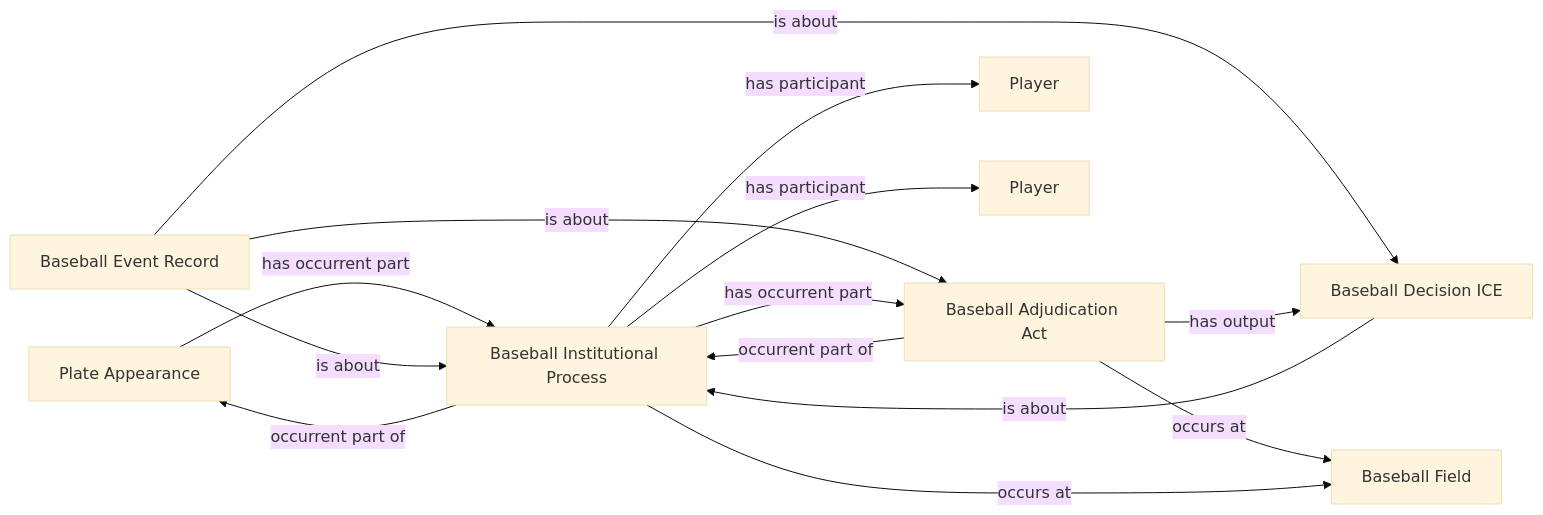
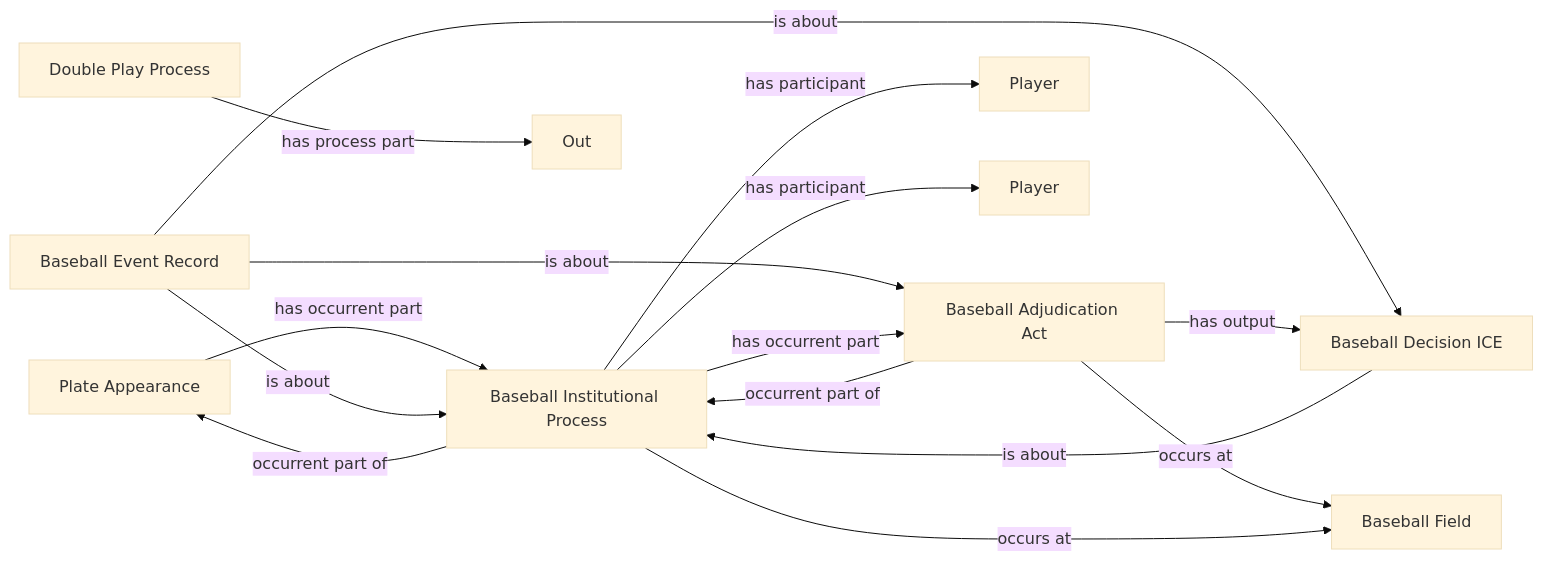
One commit to CarterBeauBenson/BaseballO changed the diagram in Baseball/mermaid/patterns/ontology/09-plate-appearance-result.md. Above: the diagram before and after it, drawn with Mermaid (base theme). The commit also changed other lines of this file and 159 other files, not shown here.

Commit message:
Repair compound double-play results with targeted NiFi additions

````diff
--- a/Baseball/mermaid/patterns/ontology/09-plate-appearance-result.md
+++ b/Baseball/mermaid/patterns/ontology/09-plate-appearance-result.md
@@ -10,24 +10,27 @@
 ```mermaid
 flowchart LR
     N01["Plate Appearance"]
     N02["Baseball Decision ICE"]
     N03["Baseball Event Record"]
     N04["Baseball Adjudication Act"]
     N05["Baseball Institutional Process"]
-    N06["Player"]
-    N07["Player"]
-    N08["Baseball Field"]
+    N06["Double Play Process"]
+    N07["Out"]
+    N08["Player"]
+    N09["Player"]
+    N10["Baseball Field"]
     N01 -->|has occurrent part| N05
     N02 -->|is about| N05
     N03 -->|is about| N02
     N03 -->|is about| N04
     N03 -->|is about| N05
     N04 -->|has output| N02
     N04 -->|occurrent part of| N05
-    N04 -->|occurs at| N08
+    N04 -->|occurs at| N10
     N05 -->|has occurrent part| N04
-    N05 -->|has participant| N06
-    N05 -->|has participant| N07
+    N05 -->|has participant| N08
+    N05 -->|has participant| N09
     N05 -->|occurrent part of| N01
-    N05 -->|occurs at| N08
+    N05 -->|occurs at| N10
+    N06 -->|has process part| N07
 ```
````
